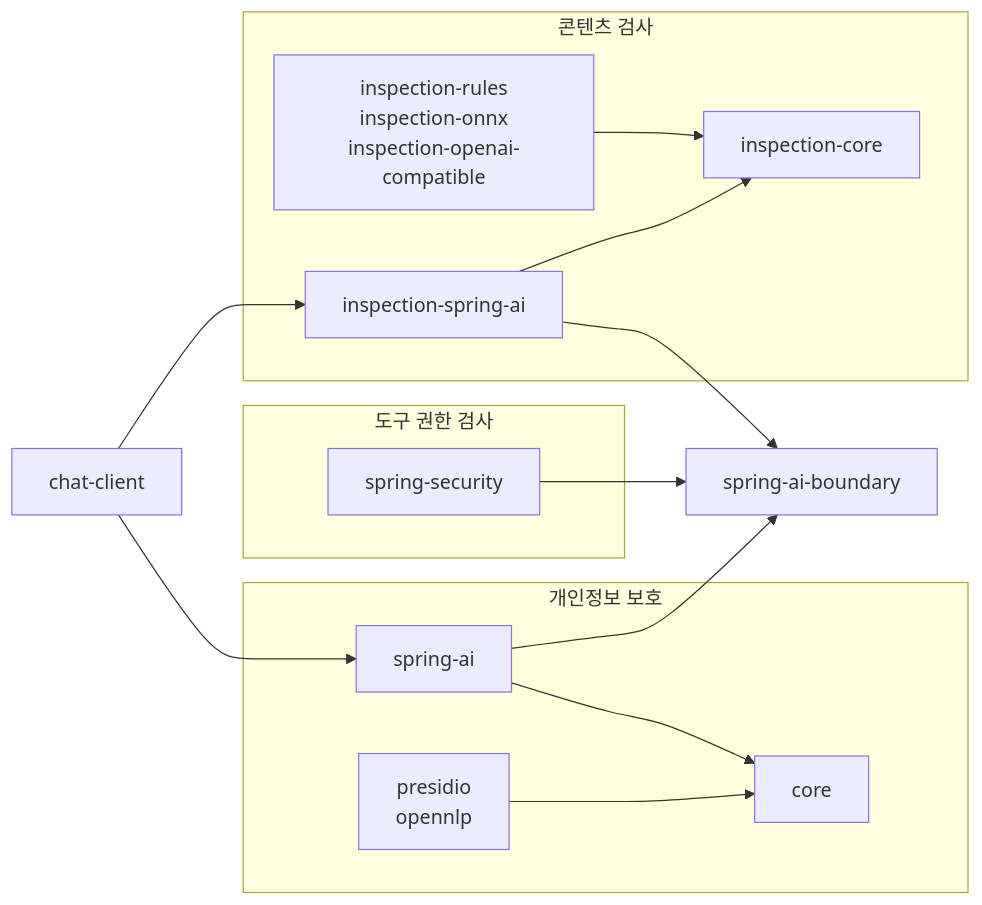
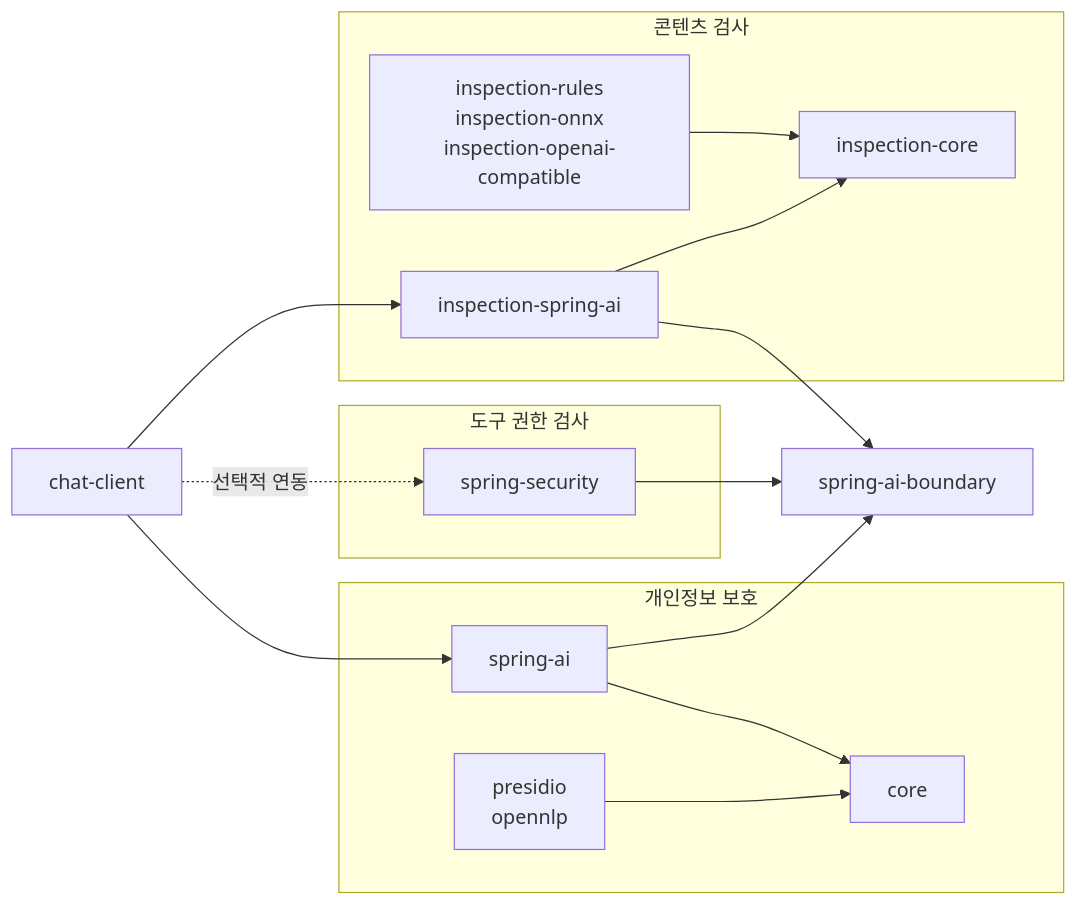
Before and after one commit to ultramancode/spring-ai-privacy-guardrails: the third of 5 diagrams in docs/ko/architecture.md, drawn with Mermaid. The commit also changed other lines of this file and 13 other files, not shown here.

Commit message:
docs: simplify wording and clarify architecture

````diff
--- a/docs/ko/architecture.md
+++ b/docs/ko/architecture.md
@@ -69,24 +69,25 @@
 ```mermaid
 flowchart LR
     CLIENT["chat-client"]
 
     subgraph PRIVACY["개인정보 보호"]
         SAI["spring-ai"] --> CORE["core"]
         ANALYZERS["presidio<br/>opennlp"] --> CORE
     end
 
     subgraph SECURITY["도구 권한 검사"]
         SEC["spring-security"]
     end
 
     subgraph INSPECTION["콘텐츠 검사"]
         BACKENDS["inspection-rules<br/>inspection-onnx<br/>inspection-openai-compatible"] --> ICORE["inspection-core"]
         ISA["inspection-spring-ai"] --> ICORE
     end
 
     CLIENT --> ISA
     CLIENT --> SAI
+    CLIENT -. "선택적 연동" .-> SEC
     SAI --> BOUNDARY["spring-ai-boundary"]
     SEC --> BOUNDARY
     ISA --> BOUNDARY
 ```
````
